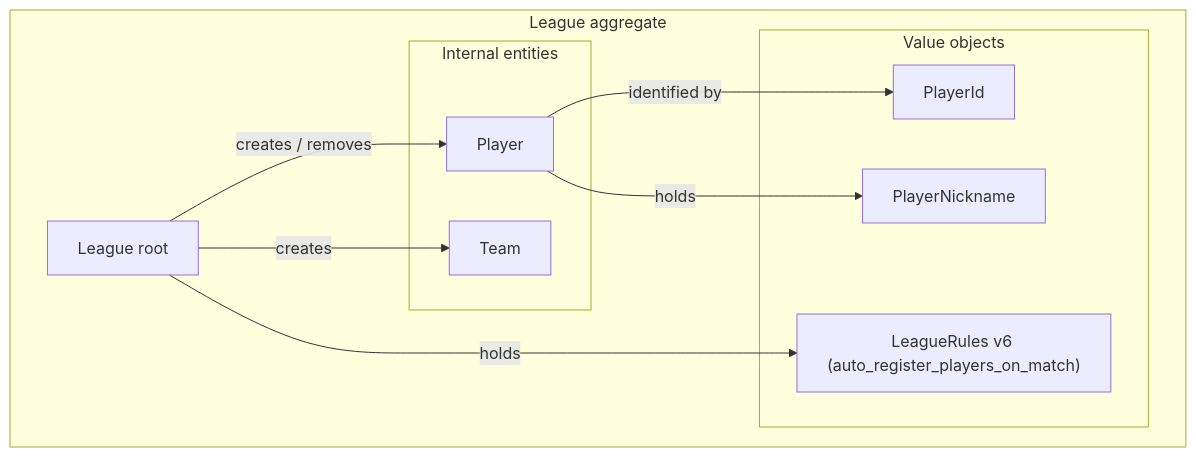
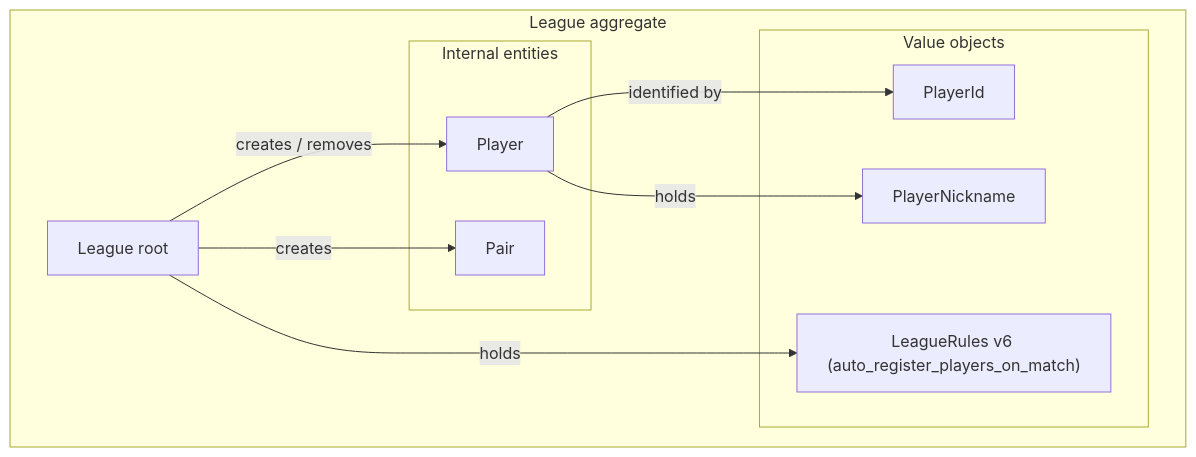
One commit to swjeong0825/TLMB_backend_main changed the diagram in Design_Doc/TLMB_Design_doc/20_roster_pre_registration.md. Above: the diagram before and after it, drawn with Mermaid. The commit also changed other lines of this file and 113 other files, not shown here.

Commit message:
team_to_pair_migration

````diff
--- a/Design_Doc/TLMB_Design_doc/20_roster_pre_registration.md
+++ b/Design_Doc/TLMB_Design_doc/20_roster_pre_registration.md
@@ -58,20 +58,20 @@
 ```mermaid
 flowchart TD
     subgraph LEAGUE [League aggregate]
         ROOT[League root]
         subgraph ENT [Internal entities]
             PE[Player]
-            TE[Team]
+            TE[Pair]
         end
         subgraph VOS [Value objects]
             PI[PlayerId]
             PN[PlayerNickname]
             LR["LeagueRules v6 (auto_register_players_on_match)"]
         end
     end
     ROOT -->|"creates / removes"| PE
     ROOT -->|"creates"| TE
     ROOT -->|"holds"| LR
     PE -->|"identified by"| PI
     PE -->|"holds"| PN
 ```
````
